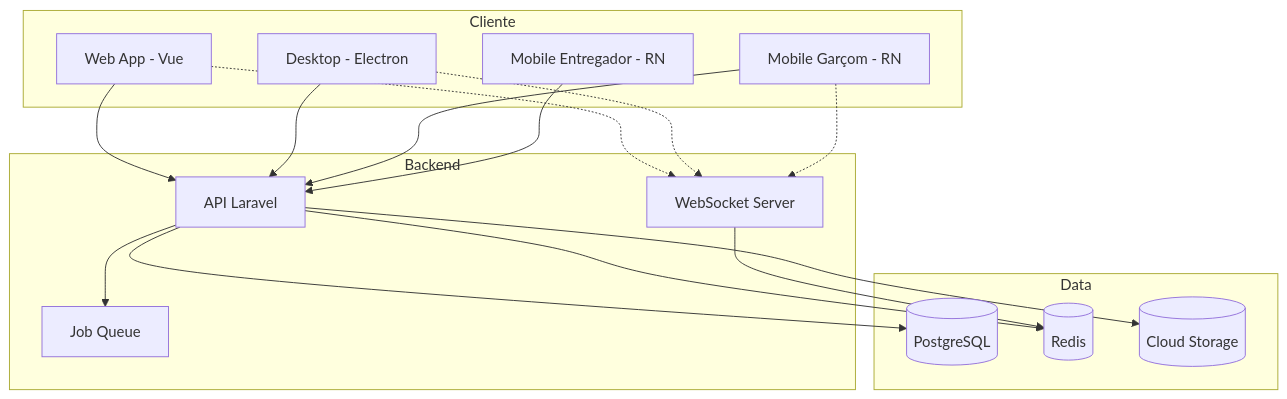
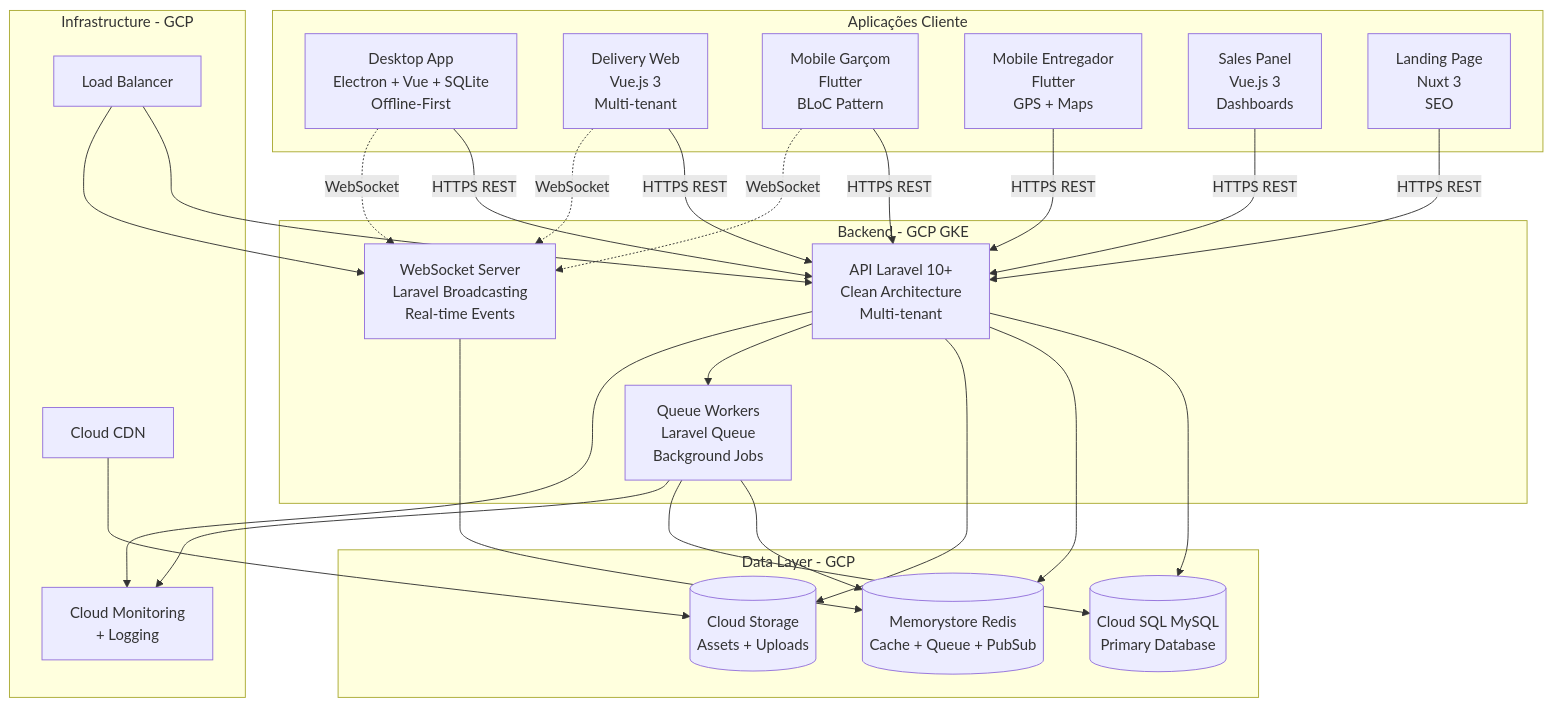
One commit to vsmenu/vsmenu-docs changed the second of 2 diagrams in docs/architecture/index.md. Above: the diagram before and after it, drawn with Mermaid. The commit also changed other lines of this file and 14 other files, not shown here.

First line of the commit message:
docs(architecture): Implementa Milestone v0.2 - Documentação de Arquitetura (4 issues) (#42)

````diff
--- a/docs/architecture/index.md
+++ b/docs/architecture/index.md
@@ -22,36 +125,55 @@
 ```mermaid
 graph TB
-    subgraph "Cliente"
-        WEB[Web App - Vue]
-        DESK[Desktop - Electron]
-        MOB_W[Mobile Garçom - RN]
-        MOB_D[Mobile Entregador - RN]
+    subgraph "Aplicações Cliente"
+        DESK[Desktop App<br/>Electron + Vue + SQLite<br/>Offline-First]
+        WEB[Delivery Web<br/>Vue.js 3<br/>Multi-tenant]
+        MOBILE_W[Mobile Garçom<br/>Flutter<br/>BLoC Pattern]
+        MOBILE_E[Mobile Entregador<br/>Flutter<br/>GPS + Maps]
+        SALES[Sales Panel<br/>Vue.js 3<br/>Dashboards]
+        LANDING[Landing Page<br/>Nuxt 3<br/>SEO]
     end
     
-    subgraph "Backend"
-        API[API Laravel]
-        WS[WebSocket Server]
-        QUEUE[Job Queue]
+    subgraph "Backend - GCP GKE"
+        API[API Laravel 10+<br/>Clean Architecture<br/>Multi-tenant]
+        WS[WebSocket Server<br/>Laravel Broadcasting<br/>Real-time Events]
+        QUEUE[Queue Workers<br/>Laravel Queue<br/>Background Jobs]
     end
     
-    subgraph "Data"
-        DB[(PostgreSQL)]
-        REDIS[(Redis)]
-        S3[(Cloud Storage)]
+    subgraph "Data Layer - GCP"
+        DB[(Cloud SQL MySQL<br/>Primary Database)]
+        REDIS[(Memorystore Redis<br/>Cache + Queue + PubSub)]
+        STORAGE[(Cloud Storage<br/>Assets + Uploads)]
     end
     
-    WEB --> API
-    DESK --> API
-    MOB_W --> API
-    MOB_D --> API
+    subgraph "Infrastructure - GCP"
+        LB[Load Balancer]
+        CDN[Cloud CDN]
+        MONITOR[Cloud Monitoring<br/>+ Logging]
+    end
     
-    WEB -.-> WS
-    DESK -.-> WS
-    MOB_W -.-> WS
+    DESK -->|HTTPS REST| API
+    WEB -->|HTTPS REST| API
+    MOBILE_W -->|HTTPS REST| API
+    MOBILE_E -->|HTTPS REST| API
+    SALES -->|HTTPS REST| API
+    LANDING -->|HTTPS REST| API
+    
+    WEB -.->|WebSocket| WS
+    DESK -.->|WebSocket| WS
+    MOBILE_W -.->|WebSocket| WS
+    
+    LB --> API
+    LB --> WS
+    CDN --> STORAGE
     
     API --> DB
     API --> REDIS
-    API --> S3
+    API --> STORAGE
     API --> QUEUE
     WS --> REDIS
+    QUEUE --> REDIS
+    QUEUE --> DB
+    
+    API --> MONITOR
+    QUEUE --> MONITOR
 ```
````
